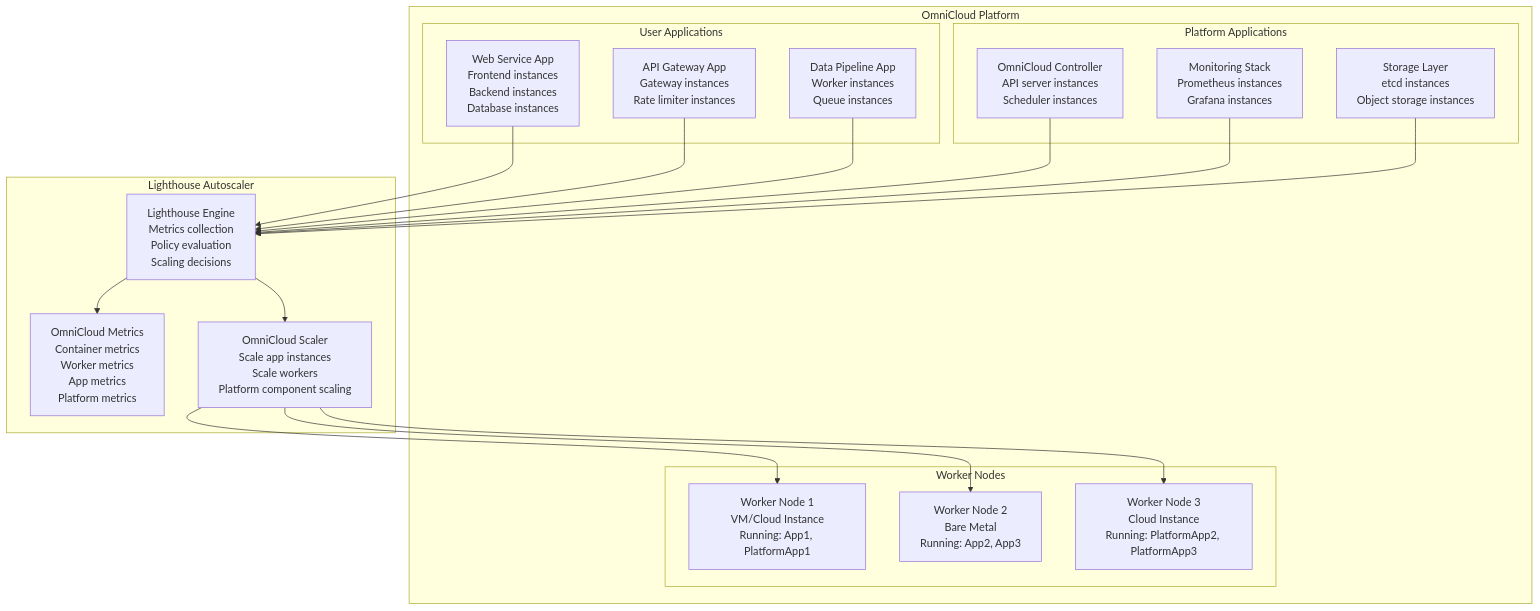
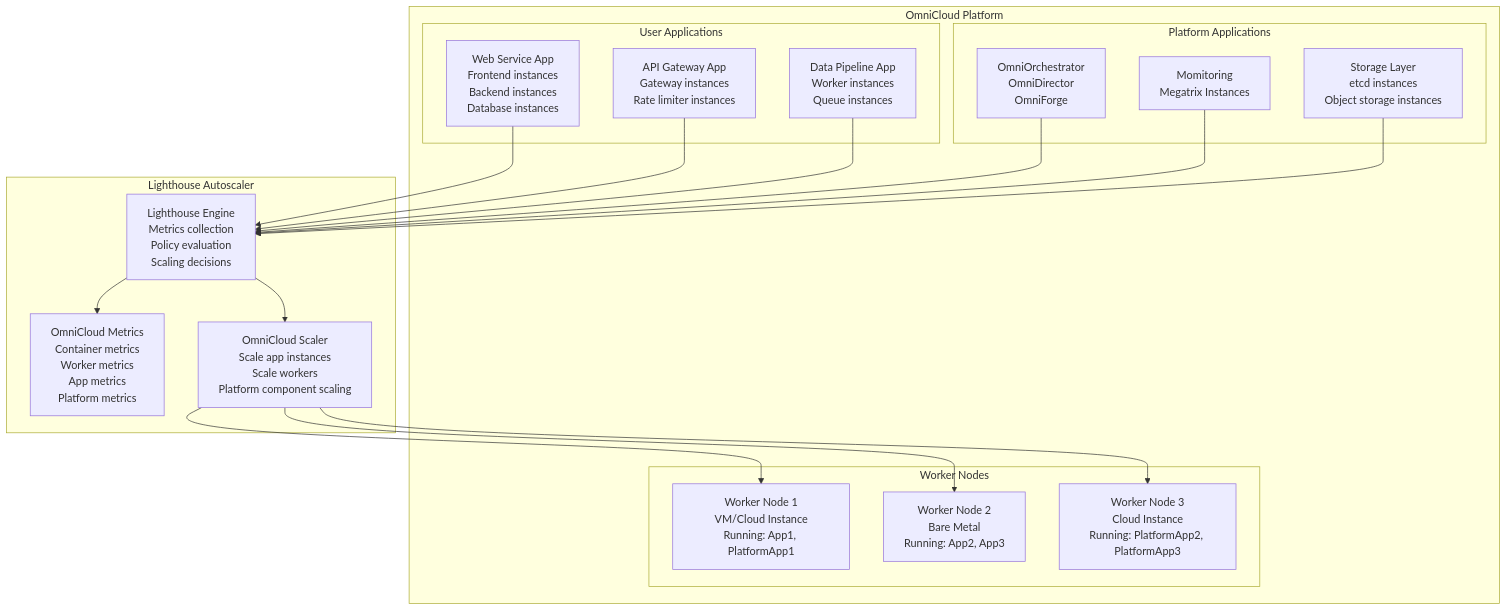
Before and after one commit to OmniCloudOrg/OmniOrchestrator: the first of 3 diagrams in src/autoscalar/README.md, drawn with Mermaid. The commit also changed other lines of this file, not shown here.

````diff
--- a/src/autoscalar/README.md
+++ b/src/autoscalar/README.md
@@ -9,44 +9,44 @@
 ```mermaid
 graph TB
     subgraph OmniCloudPlatform ["OmniCloud Platform"]
         subgraph UserApps ["User Applications"]
             App1[Web Service App<br/>Frontend instances<br/>Backend instances<br/>Database instances]
             App2[API Gateway App<br/>Gateway instances<br/>Rate limiter instances]
             App3[Data Pipeline App<br/>Worker instances<br/>Queue instances]
         end
         
         subgraph PlatformApps ["Platform Applications"]
-            PlatformApp1[OmniCloud Controller<br/>API server instances<br/>Scheduler instances]
-            PlatformApp2[Monitoring Stack<br/>Prometheus instances<br/>Grafana instances]
+            PlatformApp1[OmniOrchestrator<br/>OmniDirector<br/>OmniForge]
+            PlatformApp2[Momitoring<br/>Megatrix Instances]
             PlatformApp3[Storage Layer<br/>etcd instances<br/>Object storage instances]
         end
         
         subgraph Workers ["Worker Nodes"]
             Worker1[Worker Node 1<br/>VM/Cloud Instance<br/>Running: App1, PlatformApp1]
             Worker2[Worker Node 2<br/>Bare Metal<br/>Running: App2, App3]
             Worker3[Worker Node 3<br/>Cloud Instance<br/>Running: PlatformApp2, PlatformApp3]
         end
     end
     
     subgraph LighthouseAutoscaler ["Lighthouse Autoscaler"]
         LighthouseEngine[Lighthouse Engine<br/>Metrics collection<br/>Policy evaluation<br/>Scaling decisions]
         
         MetricsProvider[OmniCloud Metrics<br/>Container metrics<br/>Worker metrics<br/>App metrics<br/>Platform metrics]
         
         ScalingExecutor[OmniCloud Scaler<br/>Scale app instances<br/>Scale workers<br/>Platform component scaling]
     end
     
     App1 --> LighthouseEngine
     App2 --> LighthouseEngine
     App3 --> LighthouseEngine
     PlatformApp1 --> LighthouseEngine
     PlatformApp2 --> LighthouseEngine
     PlatformApp3 --> LighthouseEngine
     
     LighthouseEngine --> MetricsProvider
     LighthouseEngine --> ScalingExecutor
     
     ScalingExecutor --> Worker1
     ScalingExecutor --> Worker2
     ScalingExecutor --> Worker3
 ```
````
